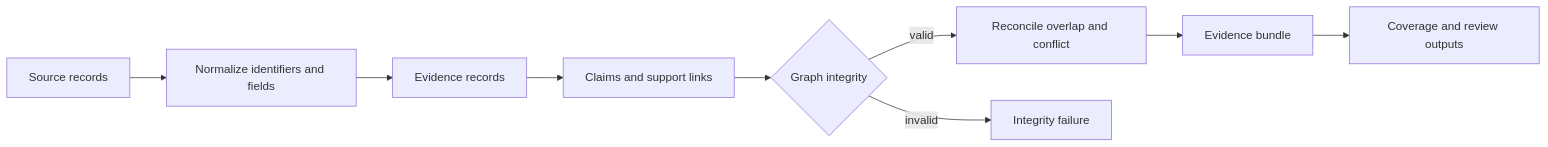
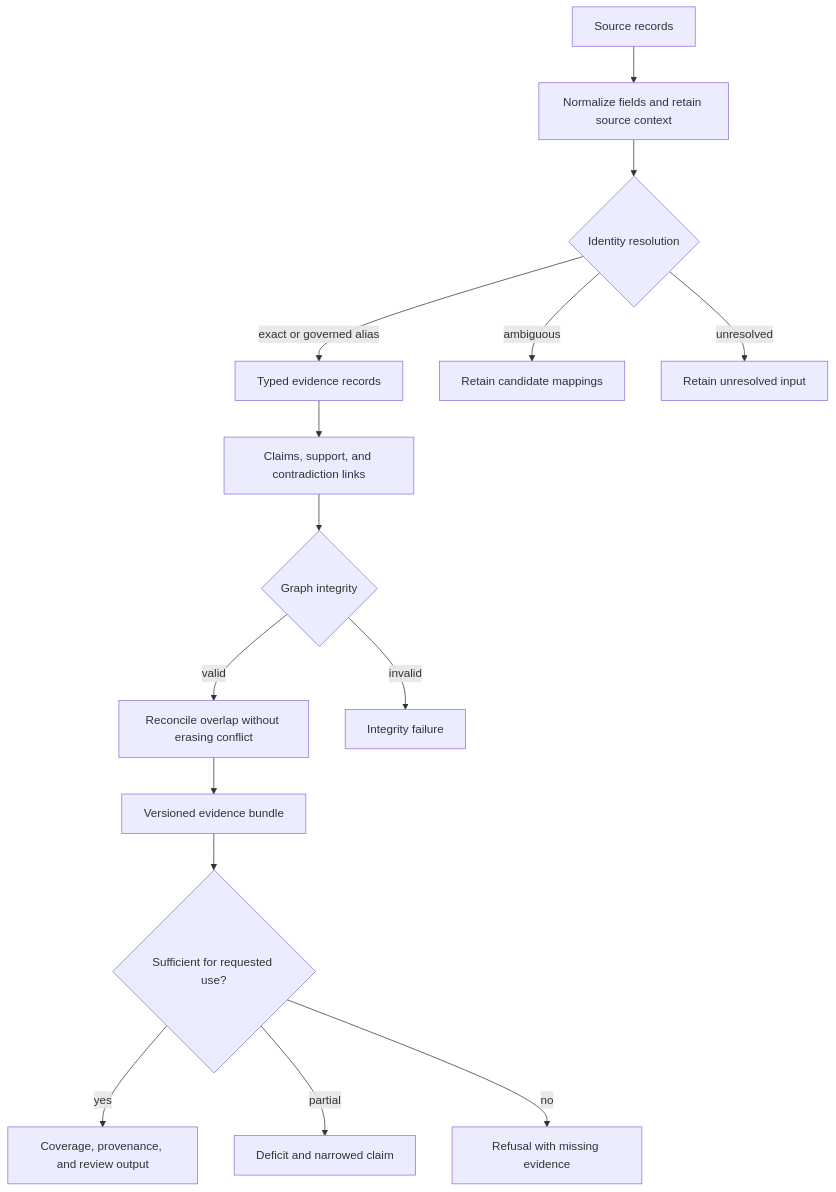
One commit to bijux/bijux-proteomics changed the first of 2 diagrams in docs/06-bijux-proteomics-knowledge/architecture/execution-model.md. Above: the diagram before and after it, drawn with Mermaid. The commit also changed other lines of this file and 2 other files, not shown here.

Commit message:
docs(knowledge): separate resolution context and evidence sufficiency

````diff
--- a/docs/06-bijux-proteomics-knowledge/architecture/execution-model.md
+++ b/docs/06-bijux-proteomics-knowledge/architecture/execution-model.md
@@ -14,11 +14,17 @@
 ```mermaid
-flowchart LR
-    S[Source records] --> N[Normalize identifiers and fields]
-    N --> E[Evidence records]
-    E --> C[Claims and support links]
+flowchart TD
+    S[Source records] --> N[Normalize fields and retain source context]
+    N --> I{Identity resolution}
+    I -->|exact or governed alias| E[Typed evidence records]
+    I -->|ambiguous| A[Retain candidate mappings]
+    I -->|unresolved| U[Retain unresolved input]
+    E --> C[Claims, support, and contradiction links]
     C --> G{Graph integrity}
-    G -->|valid| R[Reconcile overlap and conflict]
+    G -->|valid| R[Reconcile overlap without erasing conflict]
     G -->|invalid| F[Integrity failure]
-    R --> B[Evidence bundle]
-    B --> O[Coverage and review outputs]
+    R --> B[Versioned evidence bundle]
+    B --> P{Sufficient for requested use?}
+    P -->|yes| O[Coverage, provenance, and review output]
+    P -->|partial| D[Deficit and narrowed claim]
+    P -->|no| X[Refusal with missing evidence]
 ```
````
